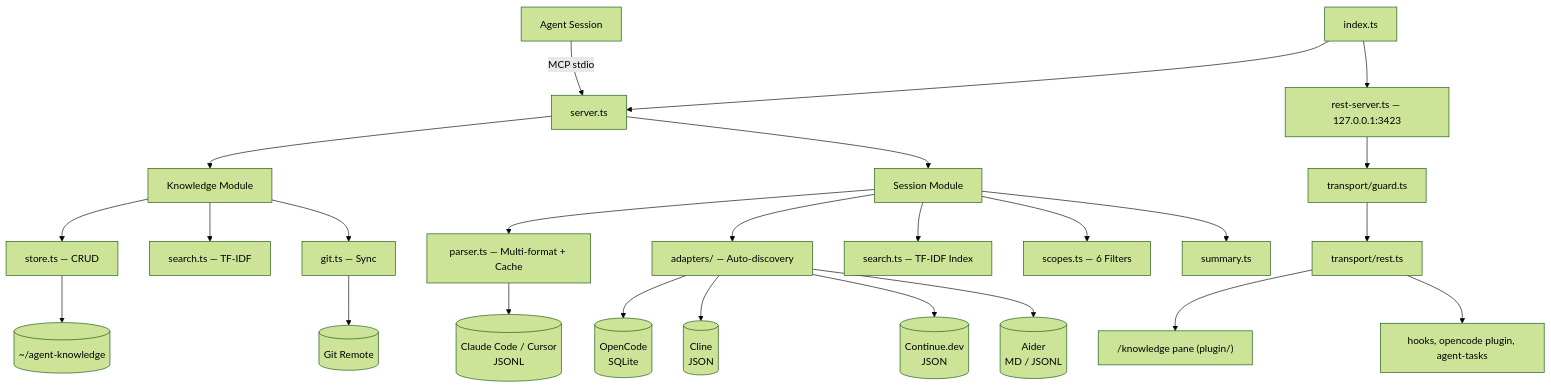
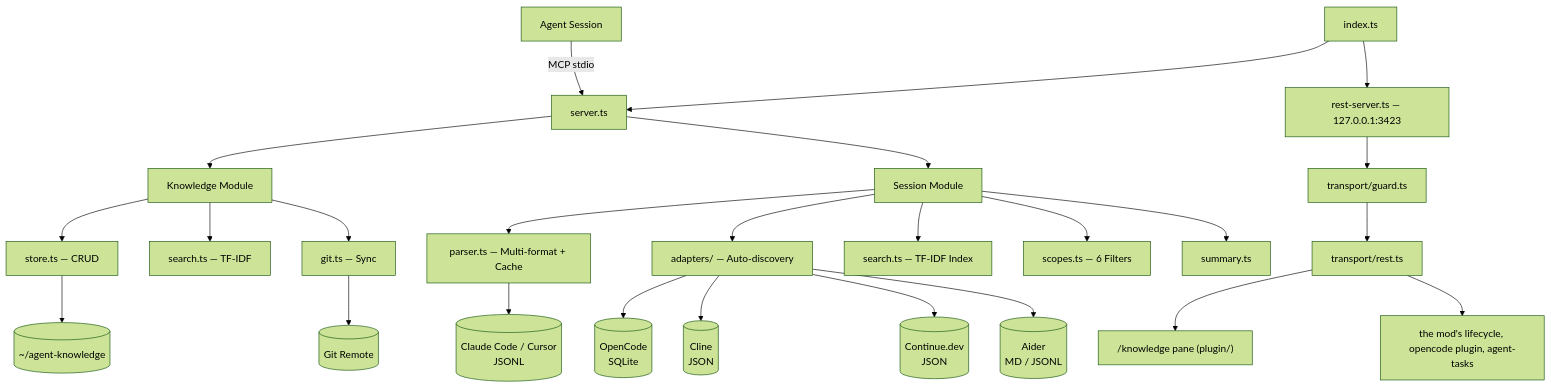
The first of 3 diagrams in docs/ARCHITECTURE.md (keshrath/agent-knowledge), drawn with Mermaid (forest theme) before and after one commit. The commit also changed other lines of this file and 114 other files, not shown here.

Commit message:
v3.0.0: plugin mod replaces the command hooks (wakeup, first-prompt hits, session snapshots); /knowledge pane UX passes; first-prompt rule measured on a holdout; incremental search indexes; async git; scrubber and control-character fixes

````diff
--- a/docs/ARCHITECTURE.md
+++ b/docs/ARCHITECTURE.md
@@ -5,32 +5,32 @@
 ```mermaid
 graph TB
     Agent[Agent Session] -->|MCP stdio| Server[server.ts]
     Server --> Knowledge[Knowledge Module]
     Server --> Session[Session Module]
 
     Knowledge --> Store[store.ts — CRUD]
     Knowledge --> KSearch[search.ts — TF-IDF]
     Knowledge --> Git[git.ts — Sync]
 
     Store --> Vault[(~/agent-knowledge)]
     Git --> Remote[(Git Remote)]
 
     Session --> Parser[parser.ts — Multi-format + Cache]
     Session --> Adapters[adapters/ — Auto-discovery]
     Session --> SSearch[search.ts — TF-IDF Index]
     Session --> Scopes[scopes.ts — 6 Filters]
     Session --> Summary[summary.ts]
 
     Parser --> Transcripts[(Claude Code / Cursor<br/>JSONL)]
     Adapters --> OpenCode[(OpenCode<br/>SQLite)]
     Adapters --> Cline[(Cline<br/>JSON)]
     Adapters --> ContinueDev[(Continue.dev<br/>JSON)]
     Adapters --> Aider[(Aider<br/>MD / JSONL)]
 
     Index[index.ts] --> Server
     Index --> Rest[rest-server.ts — 127.0.0.1:3423]
     Rest --> Guard[transport/guard.ts]
     Guard --> Routes[transport/rest.ts]
     Routes --> Pane["/knowledge pane (plugin/)"]
-    Routes --> Hooks[hooks, opencode plugin, agent-tasks]
+    Routes --> Hooks[the mod's lifecycle, opencode plugin, agent-tasks]
 ```
````
